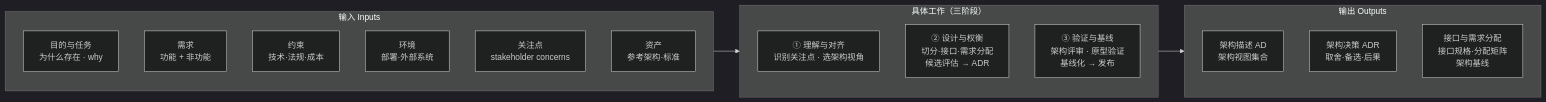
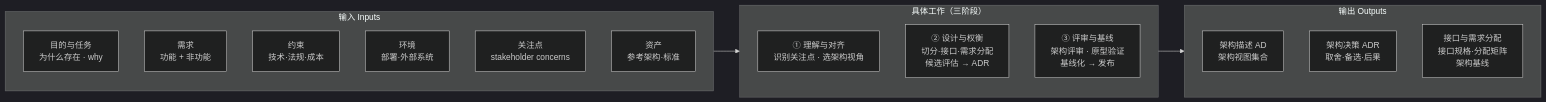
The third of 11 diagrams in 100-subprojects/01-系统工程研究/00-系统工程相关研究报告/10-架构设计方法论全景研究报告.md (Yongjunzhou/AOS-system-design), drawn with Mermaid (dark theme) before and after one commit. The commit also changed other lines of this file and 21 other files, not shown here.

````diff
--- a/100-subprojects/01-系统工程研究/00-系统工程相关研究报告/10-架构设计方法论全景研究报告.md
+++ b/100-subprojects/01-系统工程研究/00-系统工程相关研究报告/10-架构设计方法论全景研究报告.md
@@ -267,22 +271,22 @@
 ```mermaid
 flowchart LR
     subgraph IN["输入 Inputs"]
         I0[目的与任务<br/>为什么存在 · why]
         I1[需求<br/>功能 + 非功能]
         I2[约束<br/>技术·法规·成本]
         I3[环境<br/>部署·外部系统]
         I4[关注点<br/>stakeholder concerns]
         I5[资产<br/>参考架构·标准]
     end
     subgraph WORK["具体工作（三阶段）"]
         W1[① 理解与对齐<br/>识别关注点 · 选架构视角]
         W2[② 设计与权衡<br/>切分·接口·需求分配<br/>候选评估 → ADR]
-        W3[③ 验证与基线<br/>架构评审 · 原型验证<br/>基线化 → 发布]
+        W3[③ 评审与基线<br/>架构评审 · 原型验证<br/>基线化 → 发布]
     end
     subgraph OUT["输出 Outputs"]
         O1[架构描述 AD<br/>架构视图集合]
         O2[架构决策 ADR<br/>取舍·备选·后果]
         O3[接口与需求分配<br/>接口规格·分配矩阵<br/>架构基线]
     end
     IN --> WORK --> OUT
 ```
````
